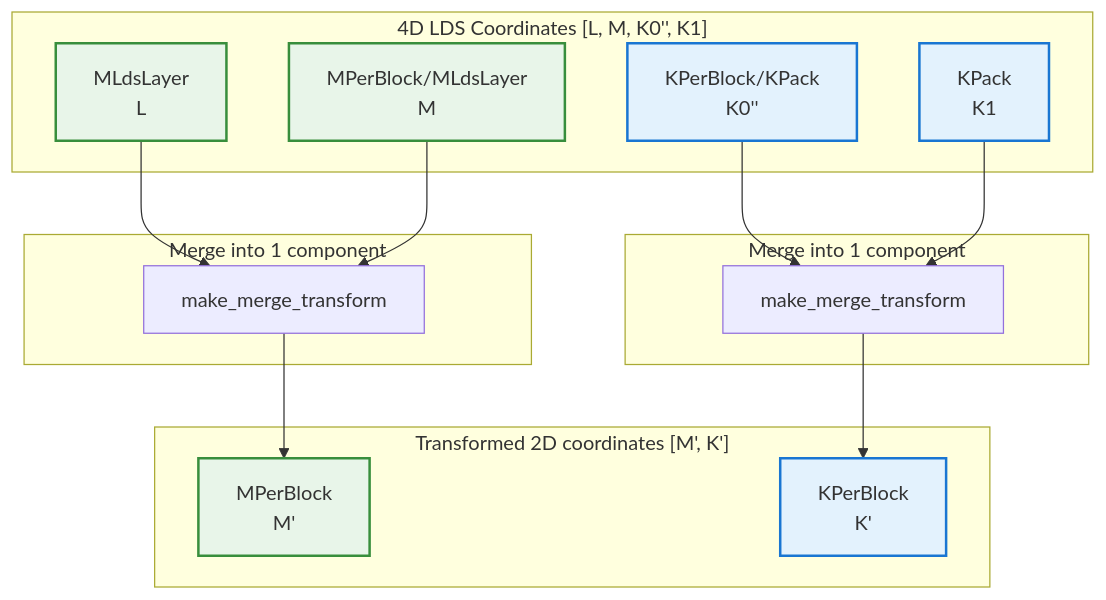
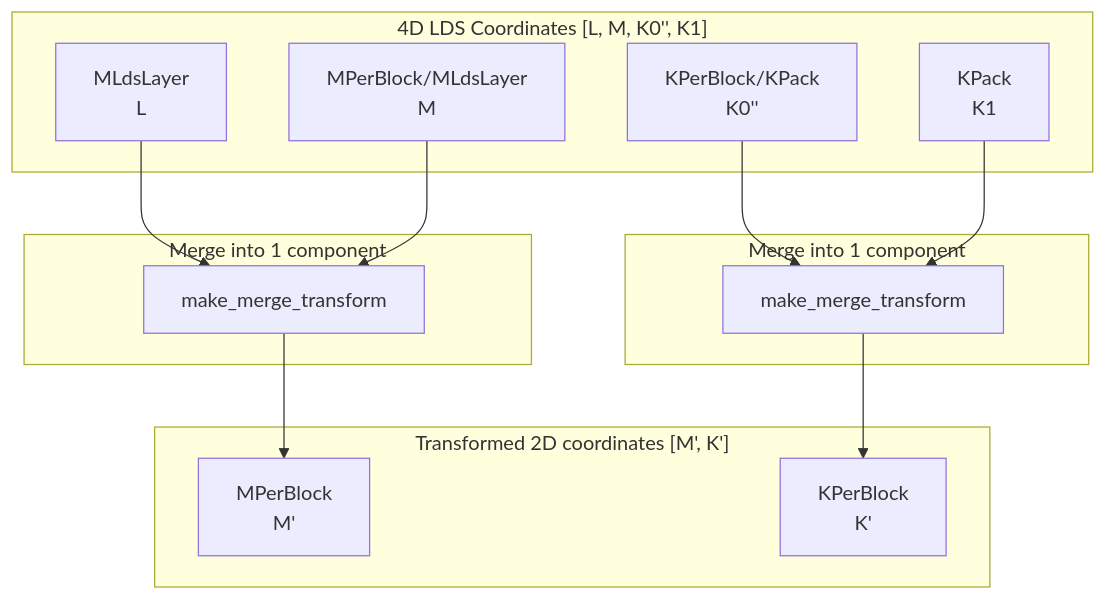
One commit to hdt98/rocm-libraries changed the third of 3 diagrams in projects/composablekernel/docs/conceptual/ck_tile/lds_index_swapping.rst. Above: the diagram before and after it, drawn with Mermaid. The commit also changed other lines of this file and 21 other files, not shown here.

First line of the commit message:
[ck] Updated CK Tile documentation to use mermaid diagrams (#7955)

```diff
--- a/projects/composablekernel/docs/conceptual/ck_tile/lds_index_swapping.rst
+++ b/projects/composablekernel/docs/conceptual/ck_tile/lds_index_swapping.rst
@@ -151,39 +110,31 @@
-      .. mermaid::
-      
-         graph TB
-             subgraph "4D LDS Coordinates [L, M, K0'', K1]"
-                 L["MLdsLayer<br/>L"]
-                 M1["MPerBlock/MLdsLayer<br/>M"]
-                 K0["KPerBlock/KPack<br/>K0''"]
-                 K1["KPack<br/>K1"]
-             end
-         
-             subgraph "Merge into 1 component"
-                 ME0["make_merge_transform"]
-             end
-         
-             subgraph "Merge into 1 component"
-                 ME1["make_merge_transform"]
-             end
-         
-             subgraph "Transformed 2D coordinates [M', K']"
-                 M11["MPerBlock<br/>M'"]
-                 K01["KPerBlock<br/>K'"]
-             end
-         
-             L --> ME0
-             M1 --> ME0
-         
-             K0 --> ME1
-             K1 --> ME1
-         
-             ME0 --> M11
-             ME1 --> K01    
-         
-             style K0 fill:#e3f2fd,stroke:#1976d2,stroke-width:2px
-             style K1 fill:#e3f2fd,stroke:#1976d2,stroke-width:2px
-             style K01 fill:#e3f2fd,stroke:#1976d2,stroke-width:2px
-         
-             style M1 fill:#e8f5e9,stroke:#388e3c,stroke-width:2px
-             style L fill:#e8f5e9,stroke:#388e3c,stroke-width:2px
-             style M11 fill:#e8f5e9,stroke:#388e3c,stroke-width:2px
+.. mermaid::
+
+   graph TB
+       subgraph "4D LDS Coordinates [L, M, K0'', K1]"
+           L["MLdsLayer<br/>L"]
+           M1["MPerBlock/MLdsLayer<br/>M"]
+           K0["KPerBlock/KPack<br/>K0''"]
+           K1["KPack<br/>K1"]
+       end
+
+       subgraph "Merge into 1 component"
+           ME0["make_merge_transform"]
+       end
+
+       subgraph "Merge into 1 component"
+           ME1["make_merge_transform"]
+       end
+
+       subgraph "Transformed 2D coordinates [M', K']"
+           M11["MPerBlock<br/>M'"]
+           K01["KPerBlock<br/>K'"]
+       end
+
+       L --> ME0
+       M1 --> ME0
+
+       K0 --> ME1
+       K1 --> ME1
+
+       ME0 --> M11
+       ME1 --> K01
```
